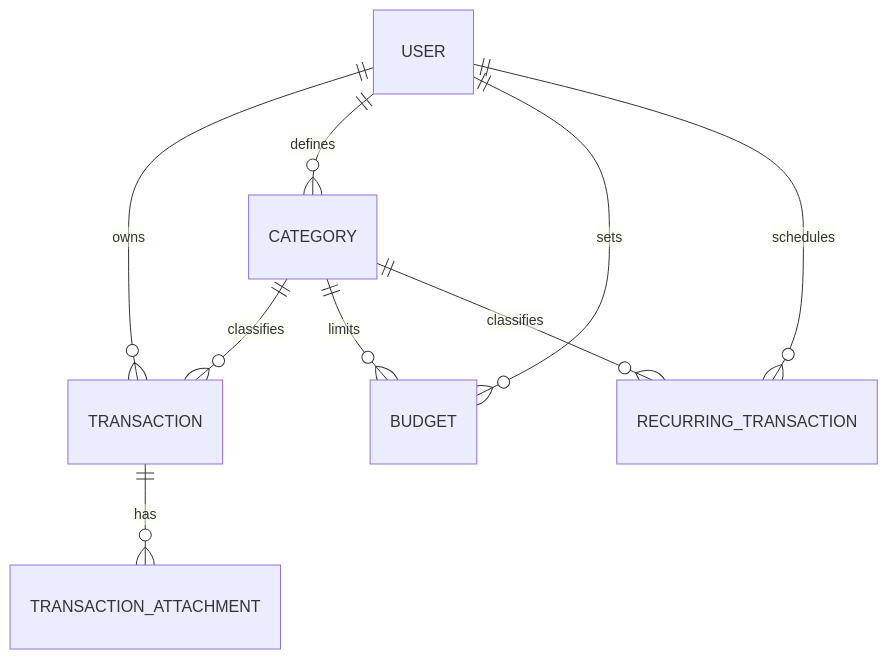
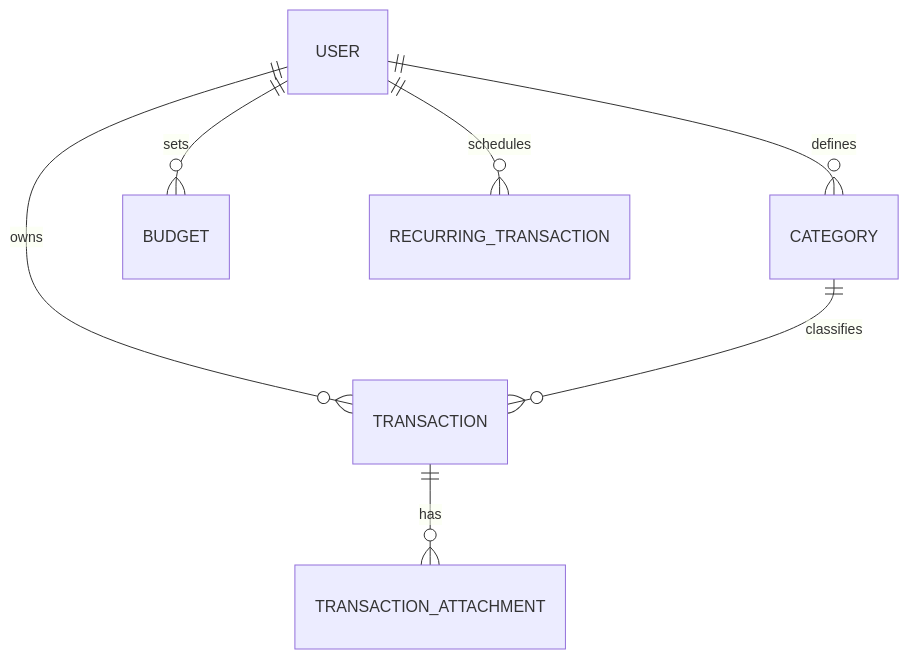
The diagram in README.md (coachwmafendi/nomos), drawn with Mermaid before and after one commit. The commit also changed other lines of this file and 2 other files, not shown here.

````diff
--- a/README.md
+++ b/README.md
@@ -51,11 +52,9 @@
 ```mermaid
 erDiagram
     USER ||--o{ TRANSACTION : owns
     USER ||--o{ CATEGORY : defines
     USER ||--o{ BUDGET : sets
     USER ||--o{ RECURRING_TRANSACTION : schedules
     CATEGORY ||--o{ TRANSACTION : classifies
-    CATEGORY ||--o{ BUDGET : limits
-    CATEGORY ||--o{ RECURRING_TRANSACTION : classifies
     TRANSACTION ||--o{ TRANSACTION_ATTACHMENT : has
 ```
````
